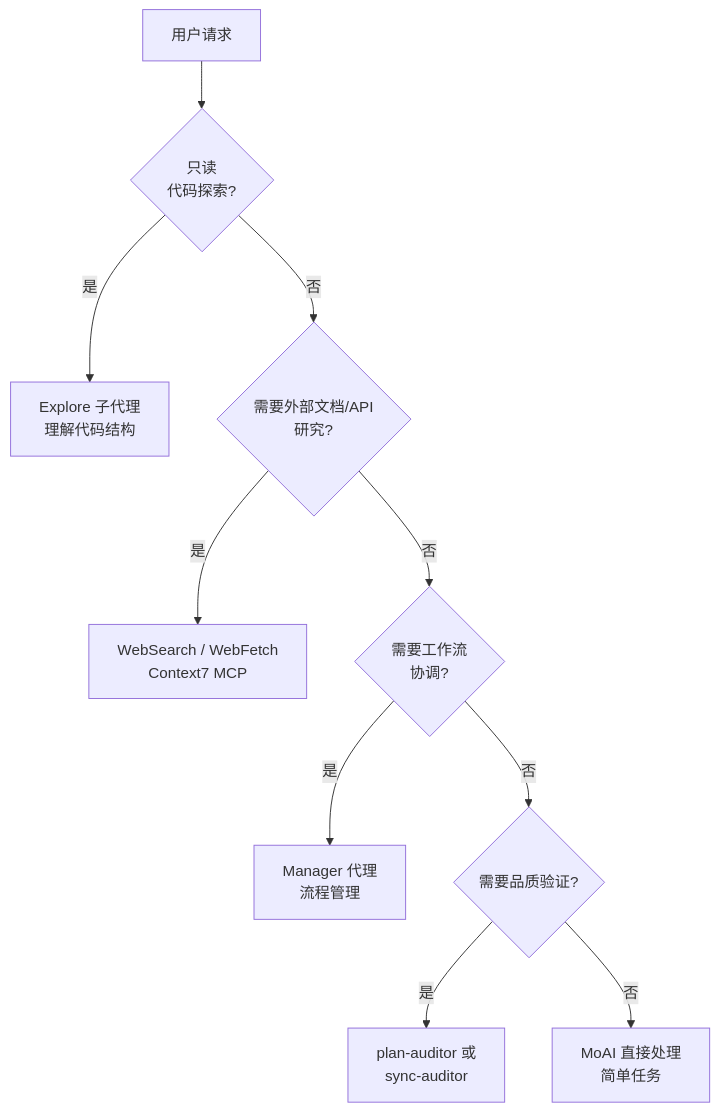
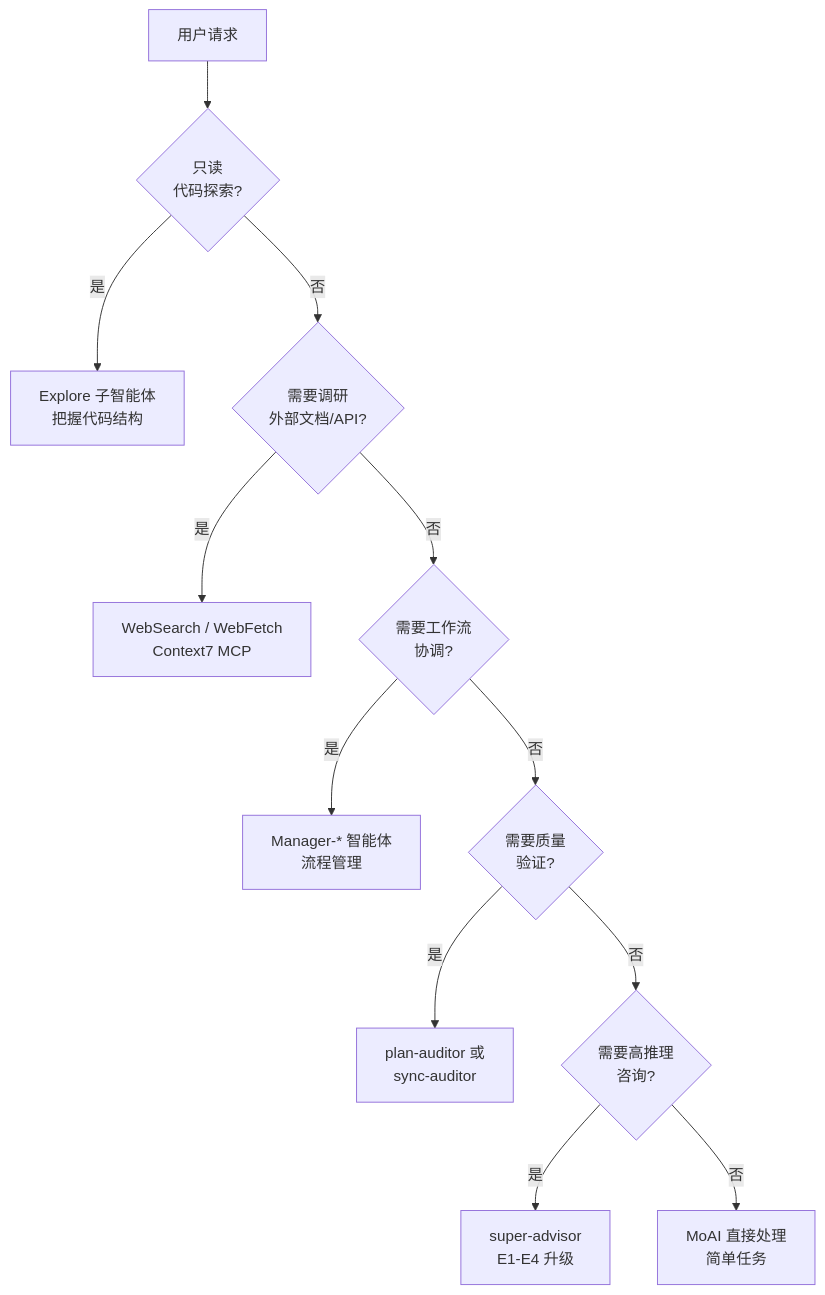
Before and after one commit to modu-ai/moai-adk: the diagram in docs-site/content/zh/advanced/agent-guide.md, drawn with Mermaid. The commit also changed other lines of this file and 395 other files, not shown here.

````diff
--- a/docs-site/content/zh/advanced/agent-guide.md
+++ b/docs-site/content/zh/advanced/agent-guide.md
@@ -78,16 +89,19 @@
 ```mermaid
 flowchart TD
     START[用户请求] --> Q1{只读<br>代码探索?}
 
-    Q1 -->|是| EXPLORE["Explore 子代理<br>理解代码结构"]
-    Q1 -->|否| Q2{需要外部文档/API<br>研究?}
+    Q1 -->|是| EXPLORE["Explore 子智能体<br>把握代码结构"]
+    Q1 -->|否| Q2{需要调研<br>外部文档/API?}
 
     Q2 -->|是| WEB["WebSearch / WebFetch<br>Context7 MCP"]
     Q2 -->|否| Q3{需要工作流<br>协调?}
 
-    Q3 -->|是| MANAGER["Manager 代理<br>流程管理"]
-    Q3 -->|否| Q4{需要品质验证?}
+    Q3 -->|是| MANAGER["Manager-* 智能体<br>流程管理"]
+    Q3 -->|否| Q4{需要质量<br>验证?}
 
     Q4 -->|是| EVAL["plan-auditor 或<br>sync-auditor"]
-    Q4 -->|否| DIRECT["MoAI 直接处理<br>简单任务"]
+    Q4 -->|否| Q5{需要高推理<br>咨询?}
+
+    Q5 -->|是| ADVISOR["super-advisor<br>E1-E4 升级"]
+    Q5 -->|否| DIRECT["MoAI 直接处理<br>简单任务"]
 ```
````
